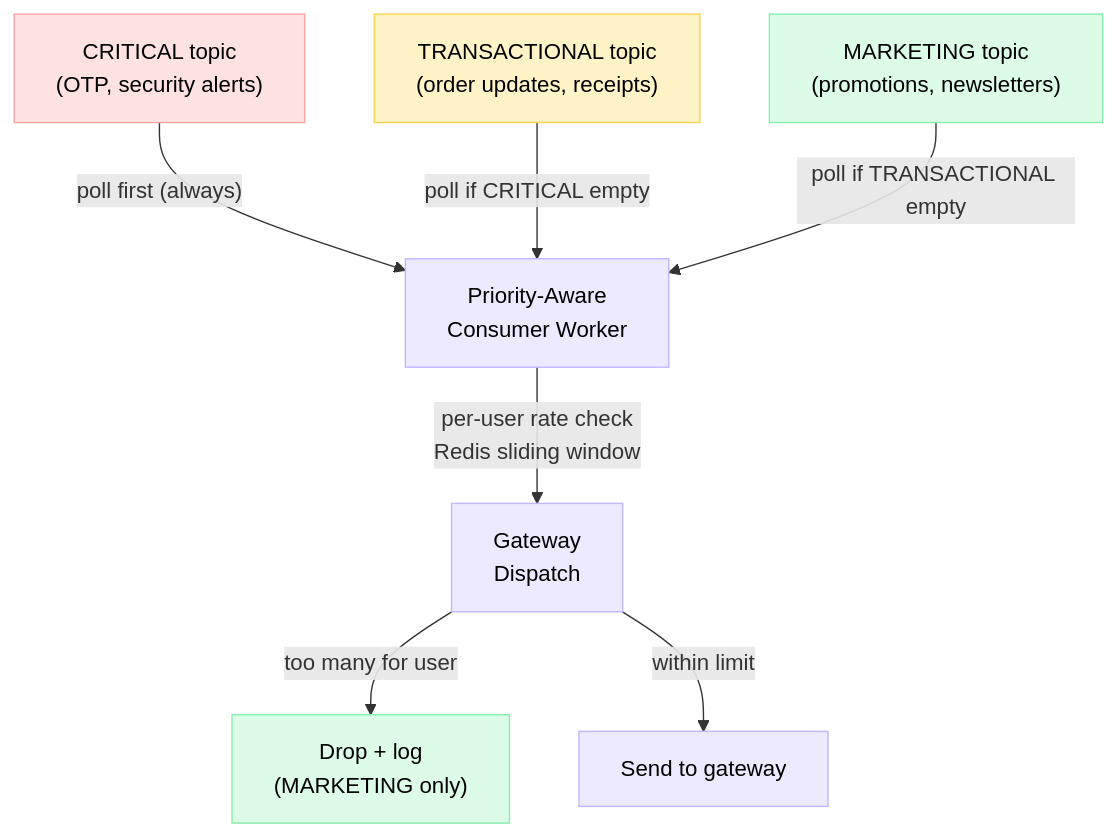
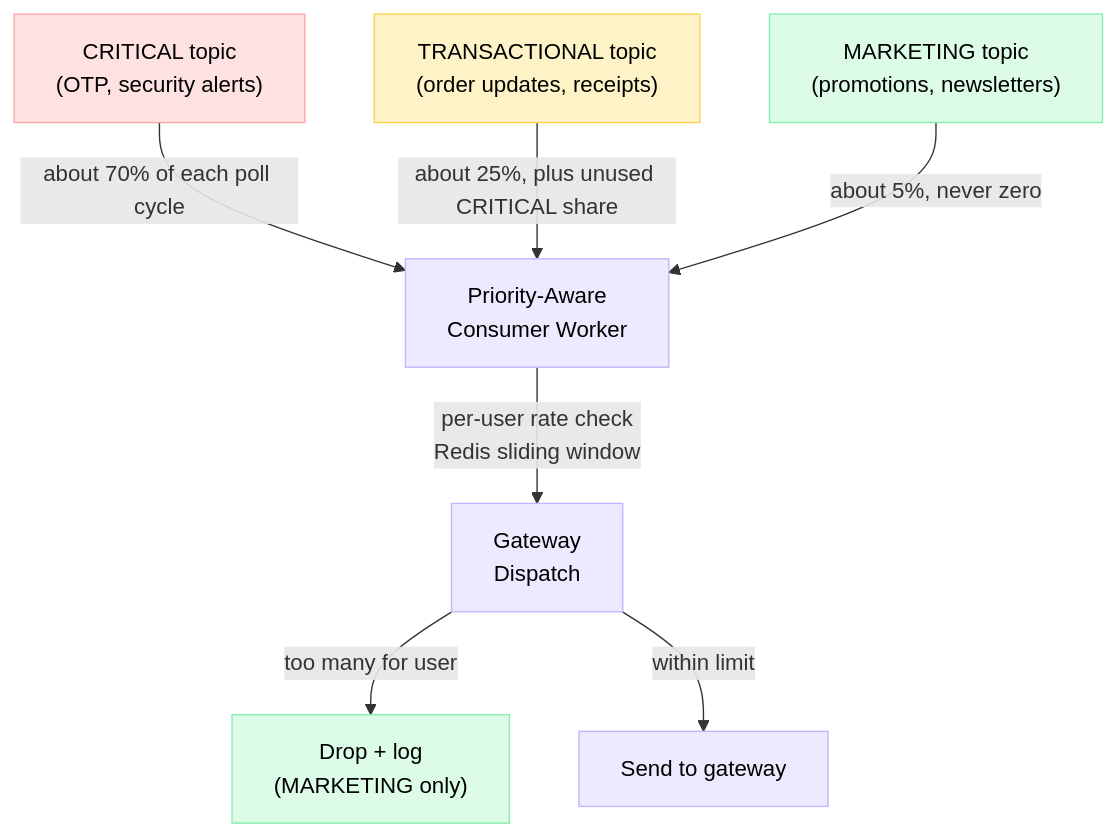
One commit to Ankan1998/learn-system-design changed the fourth of 4 diagrams in Bonus-Real-World-Architectures/04-Notification-Service/README.md. Above: the diagram before and after it, drawn with Mermaid. The commit also changed other lines of this file and 139 other files, not shown here.

````diff
--- a/Bonus-Real-World-Architectures/04-Notification-Service/README.md
+++ b/Bonus-Real-World-Architectures/04-Notification-Service/README.md
@@ -462,21 +468,21 @@
 ```mermaid
 flowchart TD
     classDef crit fill:#fee2e2,color:#000,stroke:#fca5a5
     classDef trans fill:#fef3c7,color:#000,stroke:#fcd34d
     classDef mktg fill:#dcfce7,color:#000,stroke:#86efac
     classDef worker fill:#ede9fe,color:#000,stroke:#c4b5fd
 
     C["CRITICAL topic<br/>(OTP, security alerts)"]:::crit
     T["TRANSACTIONAL topic<br/>(order updates, receipts)"]:::trans
     M["MARKETING topic<br/>(promotions, newsletters)"]:::mktg
 
     W["Priority-Aware<br/>Consumer Worker"]:::worker
 
-    C -->|"poll first (always)"| W
-    T -->|"poll if CRITICAL empty"| W
-    M -->|"poll if TRANSACTIONAL empty"| W
+    C -->|"about 70% of each poll cycle"| W
+    T -->|"about 25%, plus unused CRITICAL share"| W
+    M -->|"about 5%, never zero"| W
 
     W -->|"per-user rate check<br/>Redis sliding window"| GW["Gateway<br/>Dispatch"]:::worker
     GW -->|"too many for user"| DROP["Drop + log<br/>(MARKETING only)"]:::mktg
     GW -->|"within limit"| SEND["Send to gateway"]:::worker
 ```
````
